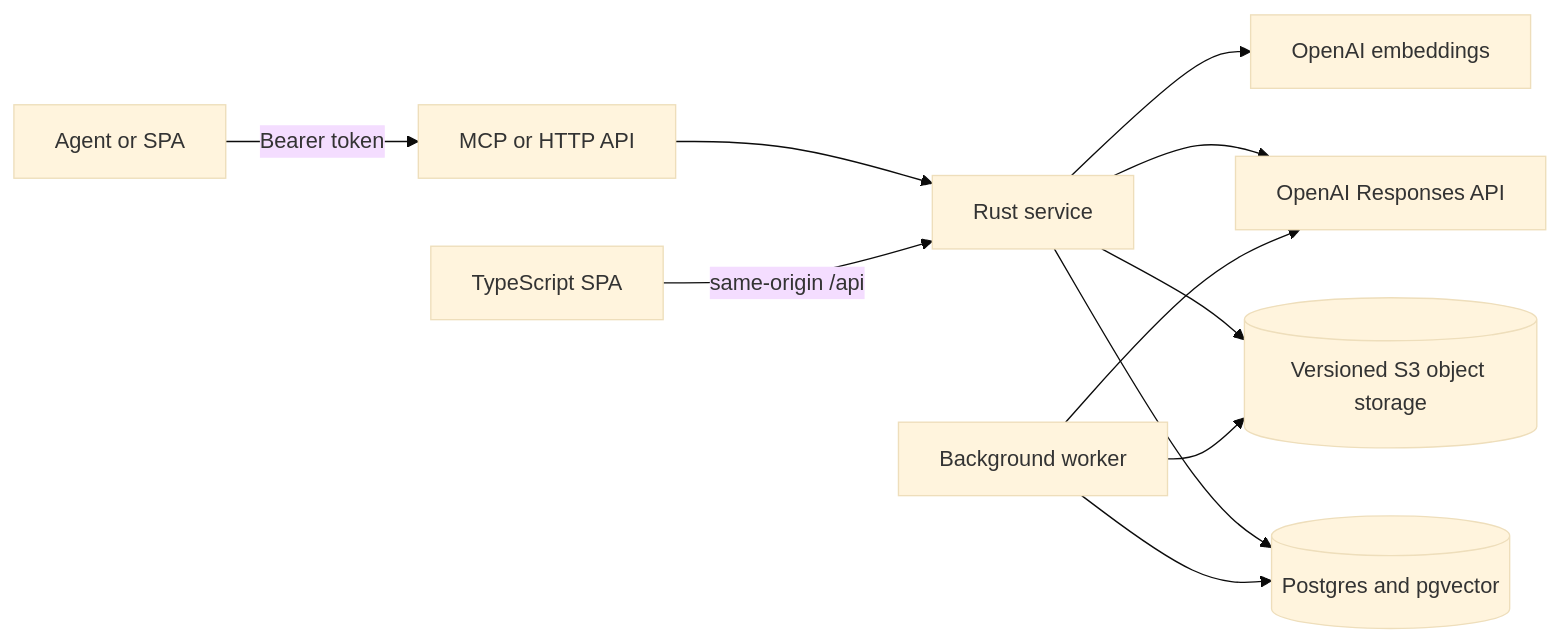
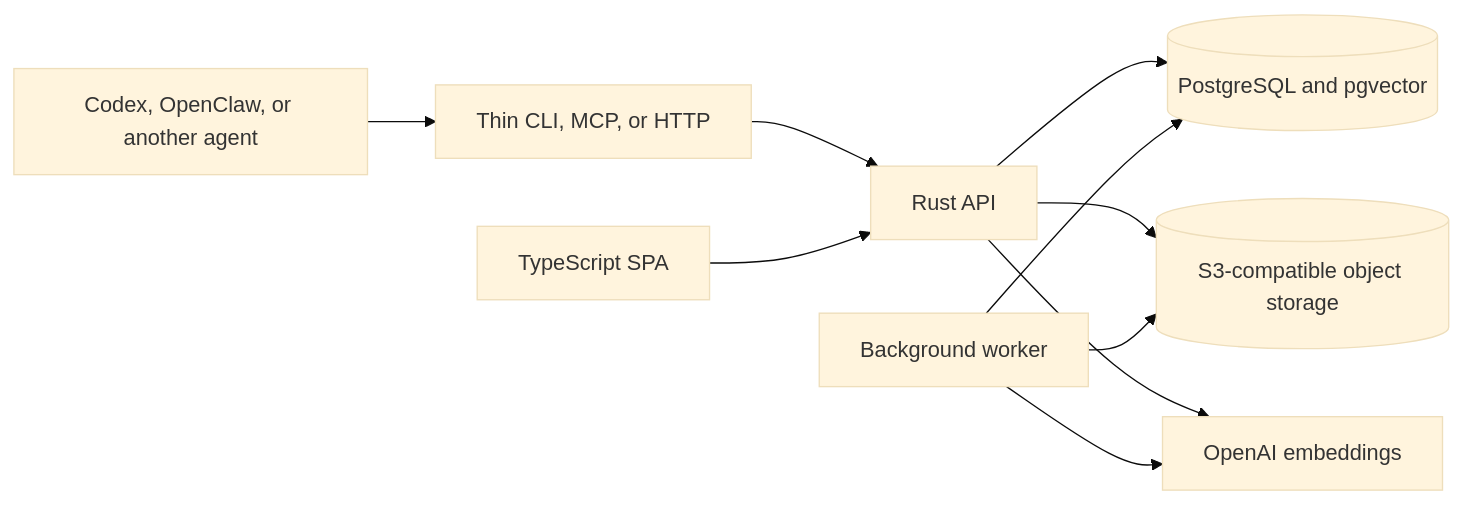
Before and after one commit to TorKallon/brunn: the diagram in docs/Architecture.md, drawn with Mermaid (base theme). The commit also changed other lines of this file and 100 other files, not shown here.

````diff
--- a/docs/Architecture.md
+++ b/docs/Architecture.md
@@ -16,13 +32,12 @@
 ```mermaid
 flowchart LR
-    A[Agent or SPA] -->|Bearer token| M[MCP or HTTP API]
-    M --> R[Rust service]
-    R --> P[(Postgres and pgvector)]
-    R --> O[(Versioned S3 object storage)]
-    R --> E[OpenAI embeddings]
-    R --> D[OpenAI Responses API]
-    W[Background worker] --> P
+    A["Codex, OpenClaw, or another agent"] --> B["Thin CLI, MCP, or HTTP"]
+    B --> R["Rust API"]
+    S["TypeScript SPA"] --> R
+    R --> P[("PostgreSQL and pgvector")]
+    R --> O[("S3-compatible object storage")]
+    R --> E["OpenAI embeddings"]
+    W["Background worker"] --> P
     W --> O
-    W --> D
-    S[TypeScript SPA] -->|same-origin /api| R
+    W --> E
 ```
````
